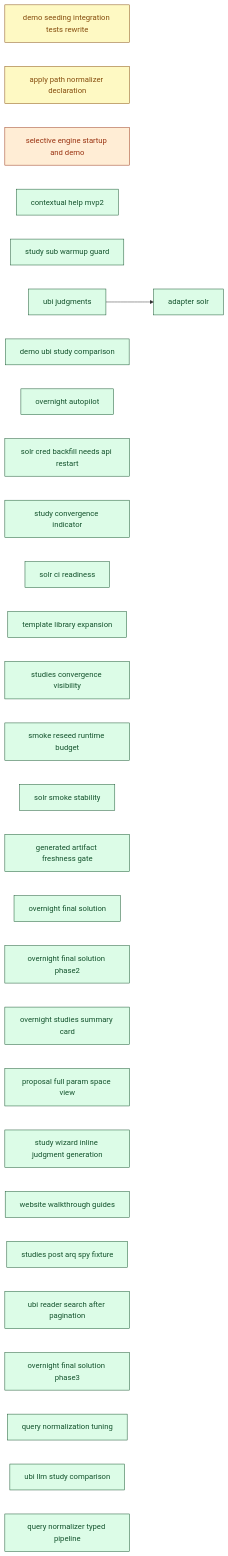
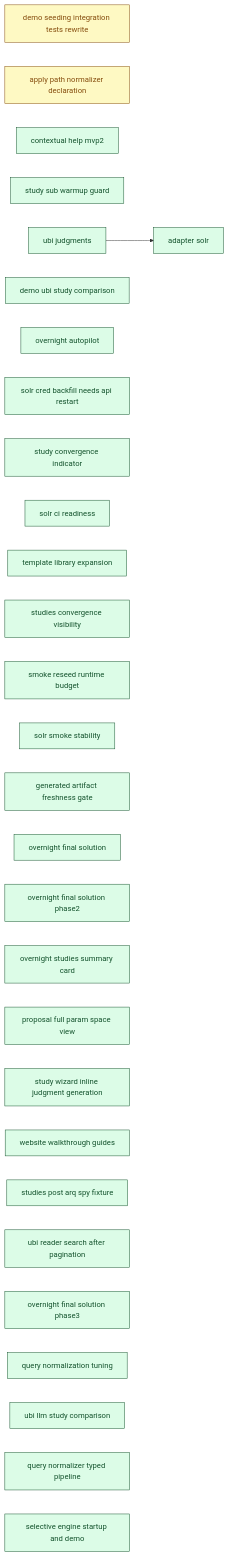
The diagram in docs/00_overview/MVP2_DASHBOARD.md (SoundMindsAI/relyloop), drawn with Mermaid before and after one commit. The commit also changed other lines of this file and 12 other files, not shown here.

````diff
--- a/docs/00_overview/MVP2_DASHBOARD.md
+++ b/docs/00_overview/MVP2_DASHBOARD.md
@@ -114,67 +116,67 @@
 ```mermaid
 graph LR
   classDef done fill:#dcfce7,stroke:#14532d,color:#14532d;
   classDef implement fill:#ffedd5,stroke:#9a3412,color:#9a3412;
   classDef plan fill:#fef9c3,stroke:#854d0e,color:#854d0e;
   classDef spec fill:#dbeafe,stroke:#1e40af,color:#1e40af;
   classDef idea fill:#f1f5f9,stroke:#334155,color:#334155;
   chore_demo_seeding_integration_tests_rewrite["demo seeding integration tests rewrite"]
   class chore_demo_seeding_integration_tests_rewrite plan;
   feat_apply_path_normalizer_declaration["apply path normalizer declaration"]
   class feat_apply_path_normalizer_declaration plan;
-  feat_selective_engine_startup_and_demo["selective engine startup and demo"]
-  class feat_selective_engine_startup_and_demo implement;
   feat_contextual_help_mvp2["contextual help mvp2"]
   class feat_contextual_help_mvp2 done;
   feat_study_sub_warmup_guard["study sub warmup guard"]
   class feat_study_sub_warmup_guard done;
   feat_ubi_judgments["ubi judgments"]
   class feat_ubi_judgments done;
   feat_demo_ubi_study_comparison["demo ubi study comparison"]
   class feat_demo_ubi_study_comparison done;
   feat_overnight_autopilot["overnight autopilot"]
   class feat_overnight_autopilot done;
   infra_adapter_solr["adapter solr"]
   class infra_adapter_solr done;
   chore_solr_cred_backfill_needs_api_restart["solr cred backfill needs api restart"]
   class chore_solr_cred_backfill_needs_api_restart done;
   feat_study_convergence_indicator["study convergence indicator"]
   class feat_study_convergence_indicator done;
   infra_solr_ci_readiness["solr ci readiness"]
   class infra_solr_ci_readiness done;
   chore_template_library_expansion["template library expansion"]
   class chore_template_library_expansion done;
   feat_studies_convergence_visibility["studies convergence visibility"]
   class feat_studies_convergence_visibility done;
   infra_smoke_reseed_runtime_budget["smoke reseed runtime budget"]
   class infra_smoke_reseed_runtime_budget done;
   infra_solr_smoke_stability["solr smoke stability"]
   class infra_solr_smoke_stability done;
   infra_generated_artifact_freshness_gate["generated artifact freshness gate"]
   class infra_generated_artifact_freshness_gate done;
   feat_overnight_final_solution["overnight final solution"]
   class feat_overnight_final_solution done;
   feat_overnight_final_solution_phase2["overnight final solution phase2"]
   class feat_overnight_final_solution_phase2 done;
   feat_overnight_studies_summary_card["overnight studies summary card"]
   class feat_overnight_studies_summary_card done;
   feat_proposal_full_param_space_view["proposal full param space view"]
   class feat_proposal_full_param_space_view done;
   feat_study_wizard_inline_judgment_generation["study wizard inline judgment generation"]
   class feat_study_wizard_inline_judgment_generation done;
   feat_website_walkthrough_guides["website walkthrough guides"]
   class feat_website_walkthrough_guides done;
   chore_studies_post_arq_spy_fixture["studies post arq spy fixture"]
   class chore_studies_post_arq_spy_fixture done;
   chore_ubi_reader_search_after_pagination["ubi reader search after pagination"]
   class chore_ubi_reader_search_after_pagination done;
   feat_overnight_final_solution_phase3["overnight final solution phase3"]
   class feat_overnight_final_solution_phase3 done;
   feat_query_normalization_tuning["query normalization tuning"]
   class feat_query_normalization_tuning done;
   feat_ubi_llm_study_comparison["ubi llm study comparison"]
   class feat_ubi_llm_study_comparison done;
   feat_query_normalizer_typed_pipeline["query normalizer typed pipeline"]
   class feat_query_normalizer_typed_pipeline done;
+  feat_selective_engine_startup_and_demo["selective engine startup and demo"]
+  class feat_selective_engine_startup_and_demo done;
   feat_ubi_judgments --> infra_adapter_solr
 ```
````
